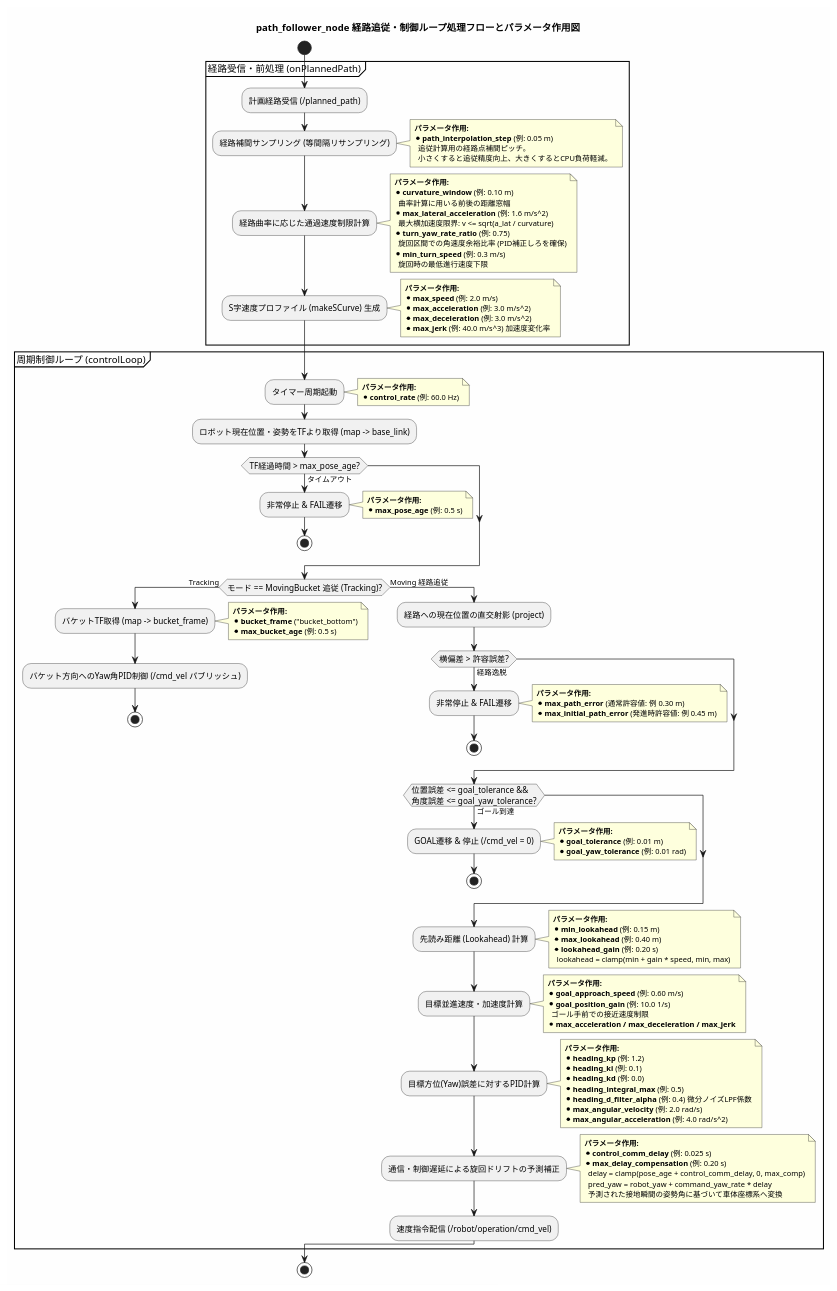
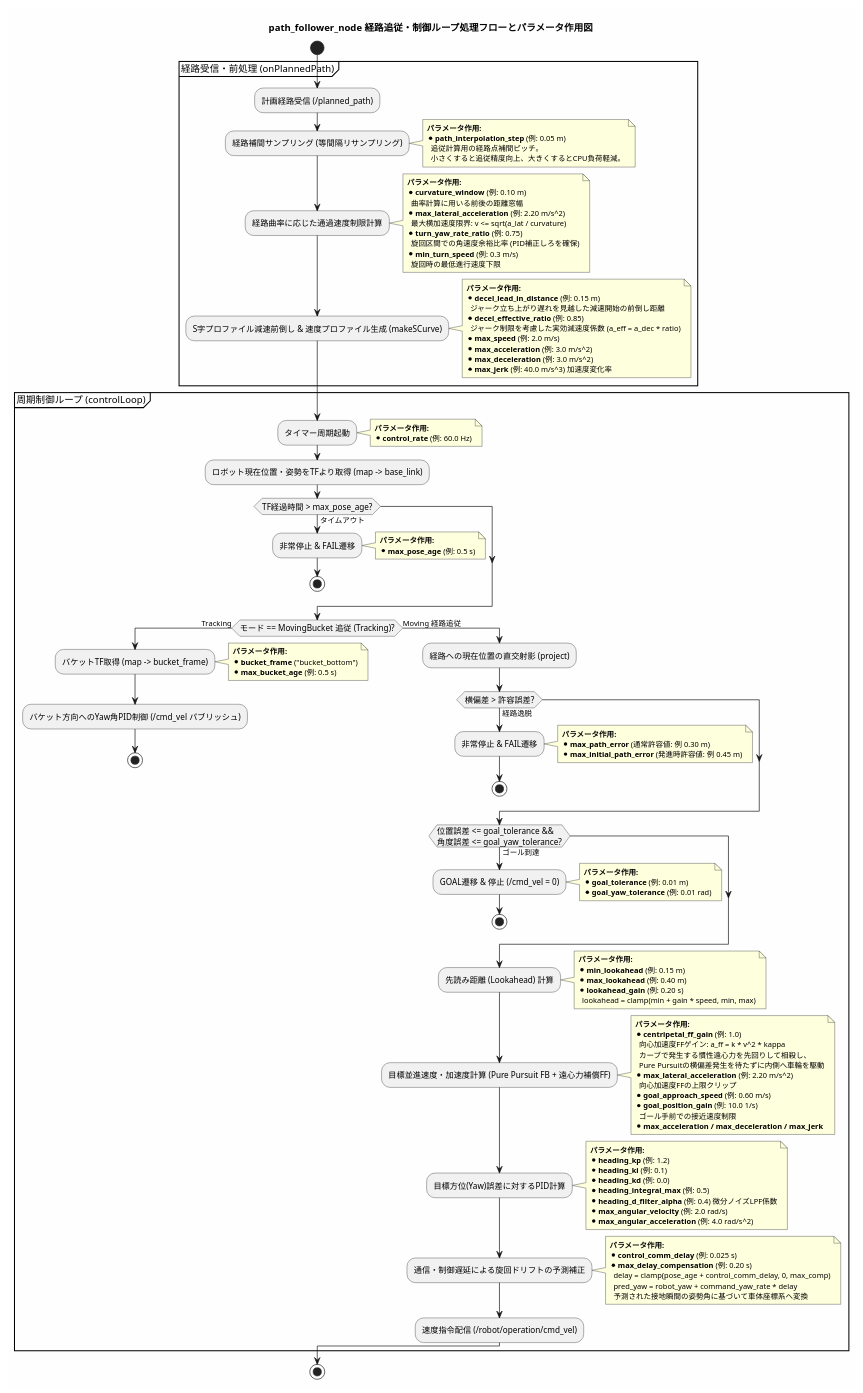
The diagram in docs/path_follower_flow.pu (tmcit-ararobo-2026a/gn10-navigation), drawn with PlantUML before and after one commit. The commit also changed 4 other files, not shown here.

```diff
--- a/docs/path_follower_flow.pu
+++ b/docs/path_follower_flow.pu
@@ -1,137 +1,147 @@
 @startuml path_follower_flow
 skinparam backgroundColor #FEFEFE
 skinparam activityFontSize 12
 skinparam noteFontSize 11
 
 title path_follower_node 経路追従・制御ループ処理フローとパラメータ作用図
 
 start
 
 partition "経路受信・前処理 (onPlannedPath)" {
     :計画経路受信 (/planned_path);
     :経路補間サンプリング (等間隔リサンプリング);
     note right
       <b>パラメータ作用:</b>
       * <b>path_interpolation_step</b> (例: 0.05 m)
         追従計算用の経路点補間ピッチ。
         小さくすると追従精度向上、大きくするとCPU負荷軽減。
     end note
     
     :経路曲率に応じた通過速度制限計算;
     note right
       <b>パラメータ作用:</b>
       * <b>curvature_window</b> (例: 0.10 m)
         曲率計算に用いる前後の距離窓幅
-      * <b>max_lateral_acceleration</b> (例: 1.6 m/s^2)
+      * <b>max_lateral_acceleration</b> (例: 2.20 m/s^2)
         最大横加速度限界: v <= sqrt(a_lat / curvature)
       * <b>turn_yaw_rate_ratio</b> (例: 0.75)
         旋回区間での角速度余裕比率 (PID補正しろを確保)
       * <b>min_turn_speed</b> (例: 0.3 m/s)
         旋回時の最低進行速度下限
     end note
 
-    :S字速度プロファイル (makeSCurve) 生成;
+    :S字プロファイル減速前倒し & 速度プロファイル生成 (makeSCurve);
     note right
       <b>パラメータ作用:</b>
+      * <b>decel_lead_in_distance</b> (例: 0.15 m)
+        ジャーク立ち上がり遅れを見越した減速開始の前倒し距離
+      * <b>decel_effective_ratio</b> (例: 0.85)
+        ジャーク制限を考慮した実効減速度係数 (a_eff = a_dec * ratio)
       * <b>max_speed</b> (例: 2.0 m/s)
       * <b>max_acceleration</b> (例: 3.0 m/s^2)
       * <b>max_deceleration</b> (例: 3.0 m/s^2)
       * <b>max_jerk</b> (例: 40.0 m/s^3) 加速度変化率
     end note
 }
 
 partition "周期制御ループ (controlLoop)" {
     :タイマー周期起動;
     note right
       <b>パラメータ作用:</b>
       * <b>control_rate</b> (例: 60.0 Hz)
     end note
 
     :ロボット現在位置・姿勢をTFより取得 (map -> base_link);
     if (TF経過時間 > max_pose_age?) then (タイムアウト)
         :非常停止 & FAIL遷移;
         note right
           <b>パラメータ作用:</b>
           * <b>max_pose_age</b> (例: 0.5 s)
         end note
         stop
     end if
 
     if (モード == MovingBucket 追従 (Tracking)?) then (Tracking)
         :バケットTF取得 (map -> bucket_frame);
         note right
           <b>パラメータ作用:</b>
           * <b>bucket_frame</b> ("bucket_bottom")
           * <b>max_bucket_age</b> (例: 0.5 s)
         end note
         :バケット方向へのYaw角PID制御 (/cmd_vel パブリッシュ);
         stop
     else (Moving 経路追従)
         :経路への現在位置の直交射影 (project);
         if (横偏差 > 許容誤差?) then (経路逸脱)
             :非常停止 & FAIL遷移;
             note right
               <b>パラメータ作用:</b>
               * <b>max_path_error</b> (通常許容値: 例 0.30 m)
               * <b>max_initial_path_error</b> (発進時許容値: 例 0.45 m)
             end note
             stop
         end if
 
         if (位置誤差 <= goal_tolerance &&\n角度誤差 <= goal_yaw_tolerance?) then (ゴール到達)
             :GOAL遷移 & 停止 (/cmd_vel = 0);
             note right
               <b>パラメータ作用:</b>
               * <b>goal_tolerance</b> (例: 0.01 m)
               * <b>goal_yaw_tolerance</b> (例: 0.01 rad)
             end note
             stop
         end if
 
         :先読み距離 (Lookahead) 計算;
         note right
           <b>パラメータ作用:</b>
           * <b>min_lookahead</b> (例: 0.15 m)
           * <b>max_lookahead</b> (例: 0.40 m)
           * <b>lookahead_gain</b> (例: 0.20 s)
             lookahead = clamp(min + gain * speed, min, max)
         end note
 
-        :目標並進速度・加速度計算;
+        :目標並進速度・加速度計算 (Pure Pursuit FB + 遠心力補償FF);
         note right
           <b>パラメータ作用:</b>
+          * <b>centripetal_ff_gain</b> (例: 1.0)
+            向心加速度FFゲイン: a_ff = k * v^2 * kappa
+            カーブで発生する慣性遠心力を先回りして相殺し、
+            Pure Pursuitの横偏差発生を待たずに内側へ車輪を駆動
+          * <b>max_lateral_acceleration</b> (例: 2.20 m/s^2)
+            向心加速度FFの上限クリップ
           * <b>goal_approach_speed</b> (例: 0.60 m/s)
           * <b>goal_position_gain</b> (例: 10.0 1/s)
             ゴール手前での接近速度制限
           * <b>max_acceleration / max_deceleration / max_jerk</b>
         end note
 
         :目標方位(Yaw)誤差に対するPID計算;
         note right
           <b>パラメータ作用:</b>
           * <b>heading_kp</b> (例: 1.2)
           * <b>heading_ki</b> (例: 0.1)
           * <b>heading_kd</b> (例: 0.0)
           * <b>heading_integral_max</b> (例: 0.5)
           * <b>heading_d_filter_alpha</b> (例: 0.4) 微分ノイズLPF係数
           * <b>max_angular_velocity</b> (例: 2.0 rad/s)
           * <b>max_angular_acceleration</b> (例: 4.0 rad/s^2)
         end note
 
         :通信・制御遅延による旋回ドリフトの予測補正;
         note right
           <b>パラメータ作用:</b>
           * <b>control_comm_delay</b> (例: 0.025 s)
           * <b>max_delay_compensation</b> (例: 0.20 s)
             delay = clamp(pose_age + control_comm_delay, 0, max_comp)
             pred_yaw = robot_yaw + command_yaw_rate * delay
             予測された接地瞬間の姿勢角に基づいて車体座標系へ変換
         end note
 
         :速度指令配信 (/robot/operation/cmd_vel);
     end if
 }
 
 stop
 
 @enduml
```
